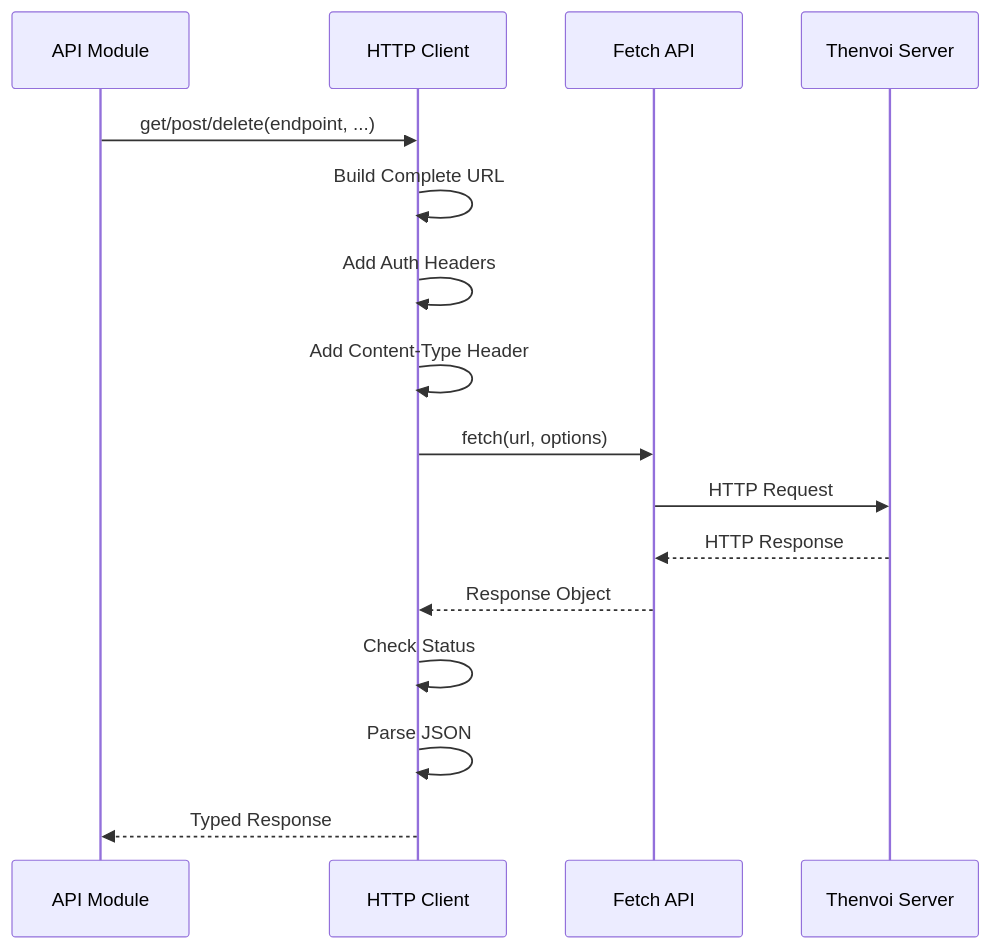
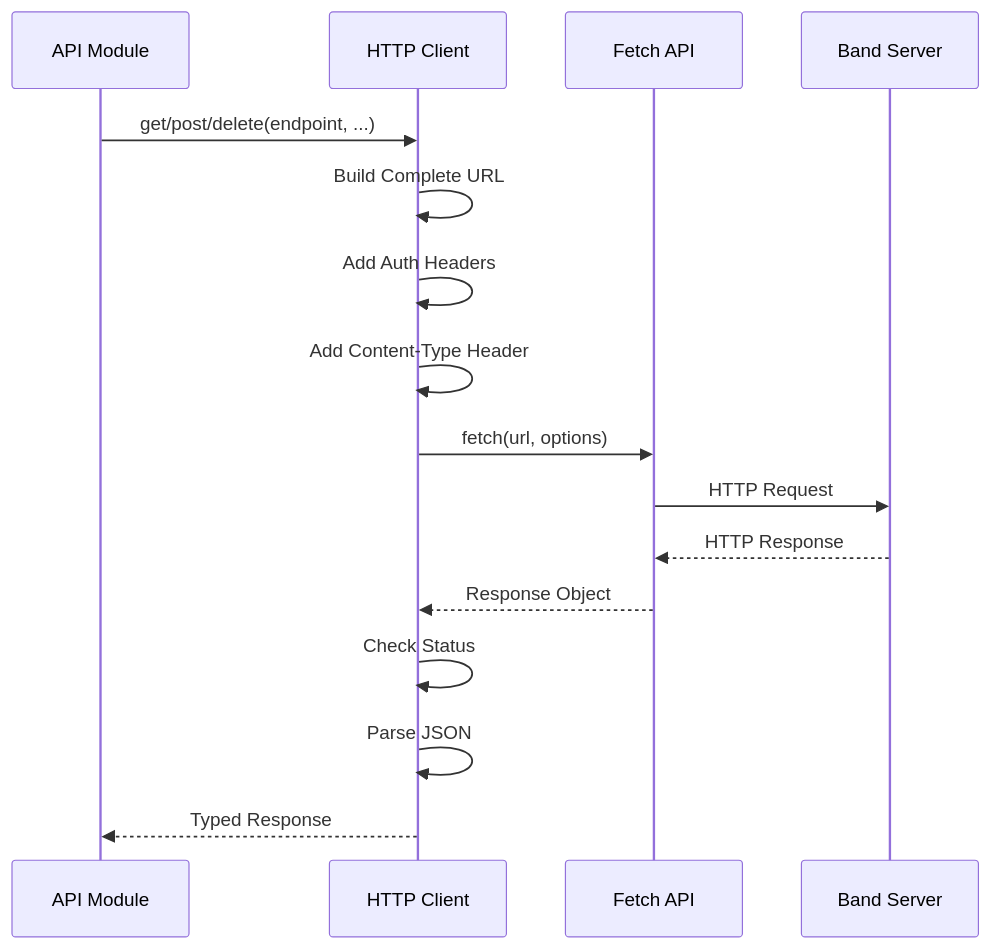
Before and after one commit to thenvoi/n8n-nodes-thenvoi: the third of 4 diagrams in docs/architecture/api/api_client_guide.md, drawn with Mermaid. The commit also changed other lines of this file and 157 other files, not shown here.

First line of the commit message:
feat!: rename organization from Thenvoi to Band

````diff
--- a/docs/architecture/api/api_client_guide.md
+++ b/docs/architecture/api/api_client_guide.md
@@ -50,19 +50,19 @@
 ```mermaid
 sequenceDiagram
     participant Module as API Module
     participant Client as HTTP Client
     participant Fetch as Fetch API
-    participant Server as Thenvoi Server
+    participant Server as Band Server
     
     Module->>Client: get/post/delete(endpoint, ...)
     Client->>Client: Build Complete URL
     Client->>Client: Add Auth Headers
     Client->>Client: Add Content-Type Header
     Client->>Fetch: fetch(url, options)
     Fetch->>Server: HTTP Request
     Server-->>Fetch: HTTP Response
     Fetch-->>Client: Response Object
     Client->>Client: Check Status
     Client->>Client: Parse JSON
     Client-->>Module: Typed Response
 ```
````
